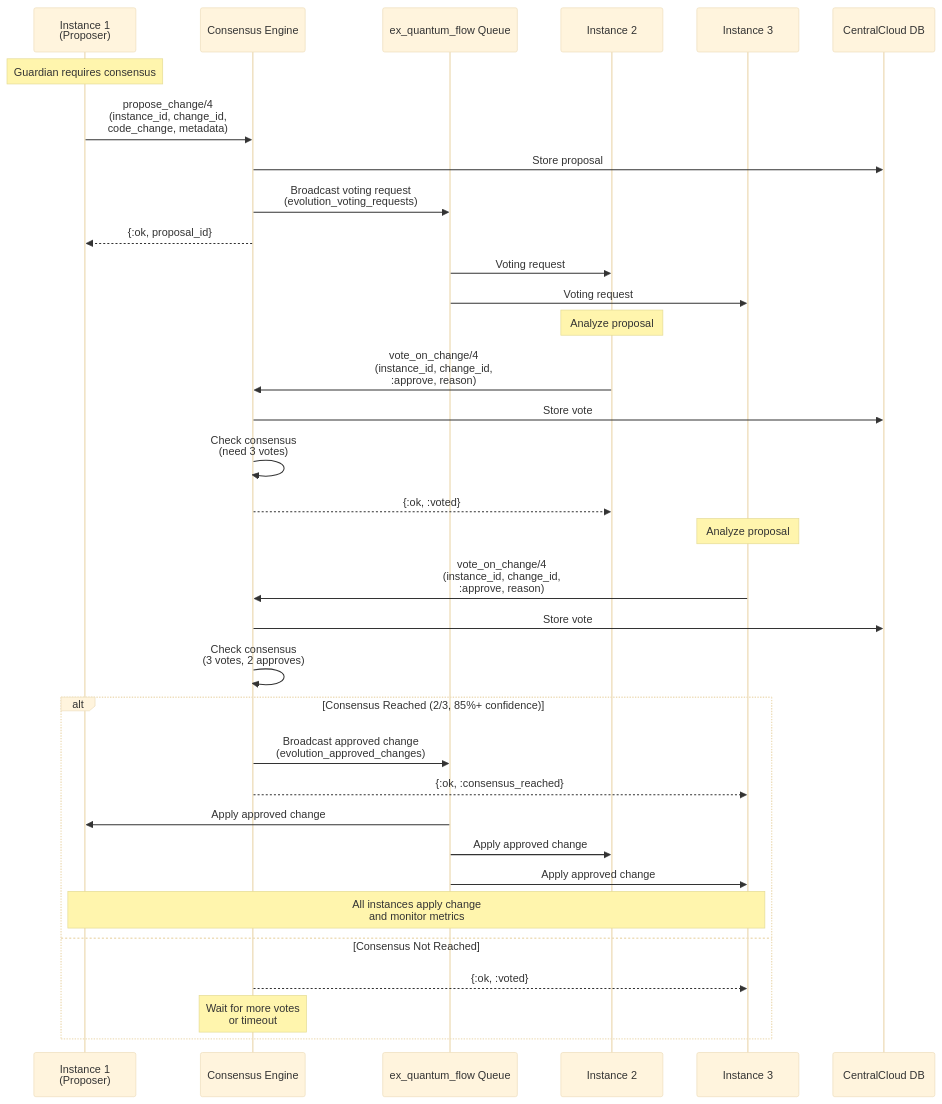
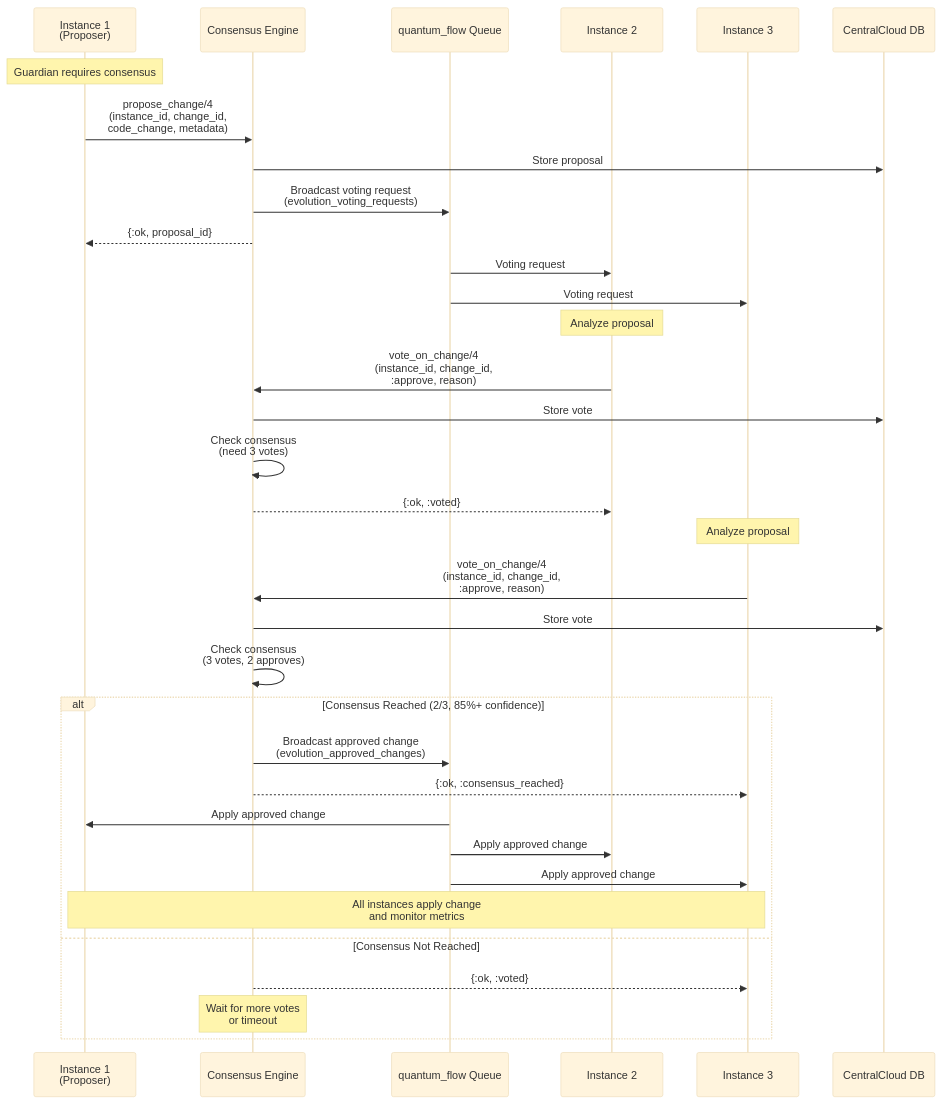
The fourth of 6 diagrams in CENTRAL_EVOLUTION_DECISION_TREE.md (mikkihugo/ex_llm), drawn with Mermaid (base theme) before and after one commit. The commit also changed other lines of this file and 234 other files, not shown here.

````diff
--- a/CENTRAL_EVOLUTION_DECISION_TREE.md
+++ b/CENTRAL_EVOLUTION_DECISION_TREE.md
@@ -149,47 +149,47 @@
 ```mermaid
 sequenceDiagram
     participant I1 as Instance 1<br/>(Proposer)
     participant CE as Consensus Engine
-    participant PG as ex_quantum_flow Queue
+    participant PG as quantum_flow Queue
     participant I2 as Instance 2
     participant I3 as Instance 3
     participant DB as CentralCloud DB
 
     Note over I1: Guardian requires consensus
 
     I1->>CE: propose_change/4<br/>(instance_id, change_id,<br/>code_change, metadata)
 
     CE->>DB: Store proposal
     CE->>PG: Broadcast voting request<br/>(evolution_voting_requests)
     CE-->>I1: {:ok, proposal_id}
 
     PG->>I2: Voting request
     PG->>I3: Voting request
 
     Note over I2: Analyze proposal
 
     I2->>CE: vote_on_change/4<br/>(instance_id, change_id,<br/>:approve, reason)
     CE->>DB: Store vote
     CE->>CE: Check consensus<br/>(need 3 votes)
     CE-->>I2: {:ok, :voted}
 
     Note over I3: Analyze proposal
 
     I3->>CE: vote_on_change/4<br/>(instance_id, change_id,<br/>:approve, reason)
     CE->>DB: Store vote
     CE->>CE: Check consensus<br/>(3 votes, 2 approves)
 
     alt Consensus Reached (2/3, 85%+ confidence)
         CE->>PG: Broadcast approved change<br/>(evolution_approved_changes)
         CE-->>I3: {:ok, :consensus_reached}
 
         PG->>I1: Apply approved change
         PG->>I2: Apply approved change
         PG->>I3: Apply approved change
 
         Note over I1,I3: All instances apply change<br/>and monitor metrics
     else Consensus Not Reached
         CE-->>I3: {:ok, :voted}
         Note over CE: Wait for more votes<br/>or timeout
     end
 ```
````
